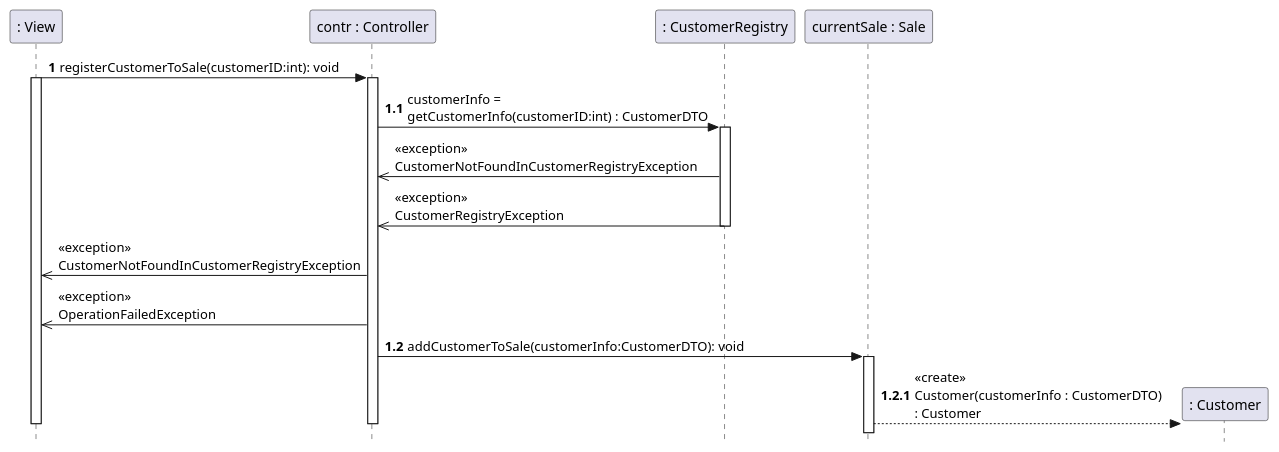
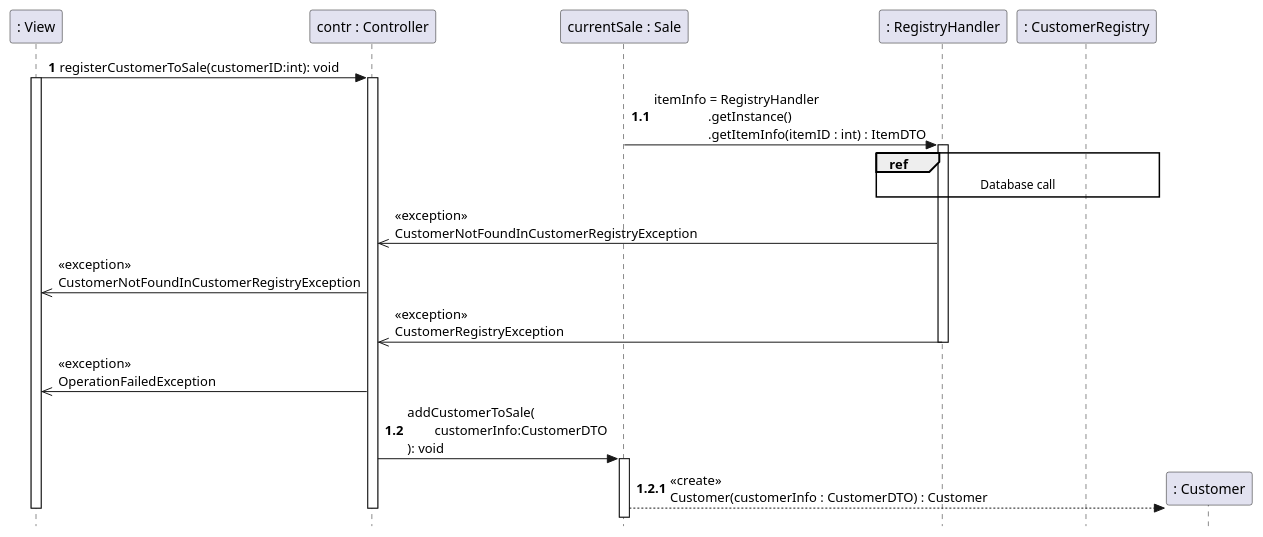
One commit to VincentFerrigan/kth-iv1350-object-oriented-design changed diagram 12 of 15 in uml/uml_v3.puml. Above: the diagram before and after it, drawn with PlantUML. The commit also changed other lines of this file and 35 other files, not shown here.

First line of the commit message:
UML and GoF (#43)

```diff
--- a/uml/uml_v3.puml
+++ b/uml/uml_v3.puml
@@ -831,39 +940,43 @@
 @startuml
 skinparam style strictuml
 'title registerCustomerToSale
 
 participant ": View" as View
 participant "contr : Controller" as contr
+participant "currentSale : Sale" as currentSale
+participant ": RegistryHandler" as RegistryHandler
 participant ": CustomerRegistry" as CustomerRegistry
-participant "currentSale : Sale" as currentSale
 participant ": Customer" as customer
 
 autonumber 1
 View -> contr : registerCustomerToSale(customerID:int): void
 activate View
 activate contr
 autonumber 1.1
-'create CustomerRegistry
-contr -> CustomerRegistry : customerInfo = \ngetCustomerInfo(customerID:int) : CustomerDTO
-activate CustomerRegistry
+                currentSale -> RegistryHandler : itemInfo = RegistryHandler\n\t\t.getInstance()\n\t\t.getItemInfo(itemID : int) : ItemDTO
+'                activate currentSale
+                ref over RegistryHandler, CustomerRegistry
+                    Database call
+                end ref
+                activate RegistryHandler
 autonumber stop
-contr <<- CustomerRegistry : <<exception>>\nCustomerNotFoundInCustomerRegistryException
-contr <<- CustomerRegistry : <<exception>>\nCustomerRegistryException
-deactivate CustomerRegistry
+contr <<- RegistryHandler : <<exception>>\nCustomerNotFoundInCustomerRegistryException
 View <<- contr : <<exception>>\nCustomerNotFoundInCustomerRegistryException
+contr <<- RegistryHandler : <<exception>>\nCustomerRegistryException
+deactivate RegistryHandler
 View <<- contr : <<exception>>\nOperationFailedException
 autonumber 1.2
-contr -> currentSale : addCustomerToSale(customerInfo:CustomerDTO): void
+contr -> currentSale : addCustomerToSale(\n\tcustomerInfo:CustomerDTO\n): void
 activate currentSale
 create customer
 autonumber 1.2.1
-currentSale -[dashed]-> customer : <<create>>\nCustomer(customerInfo : CustomerDTO) \n: Customer
+currentSale -[dashed]-> customer : <<create>>\nCustomer(customerInfo : CustomerDTO) : Customer
 activate customer
 deactivate customer
 deactivate customer
 
 deactivate contr
 deactivate View
 
 autonumber stop
 @enduml
```
